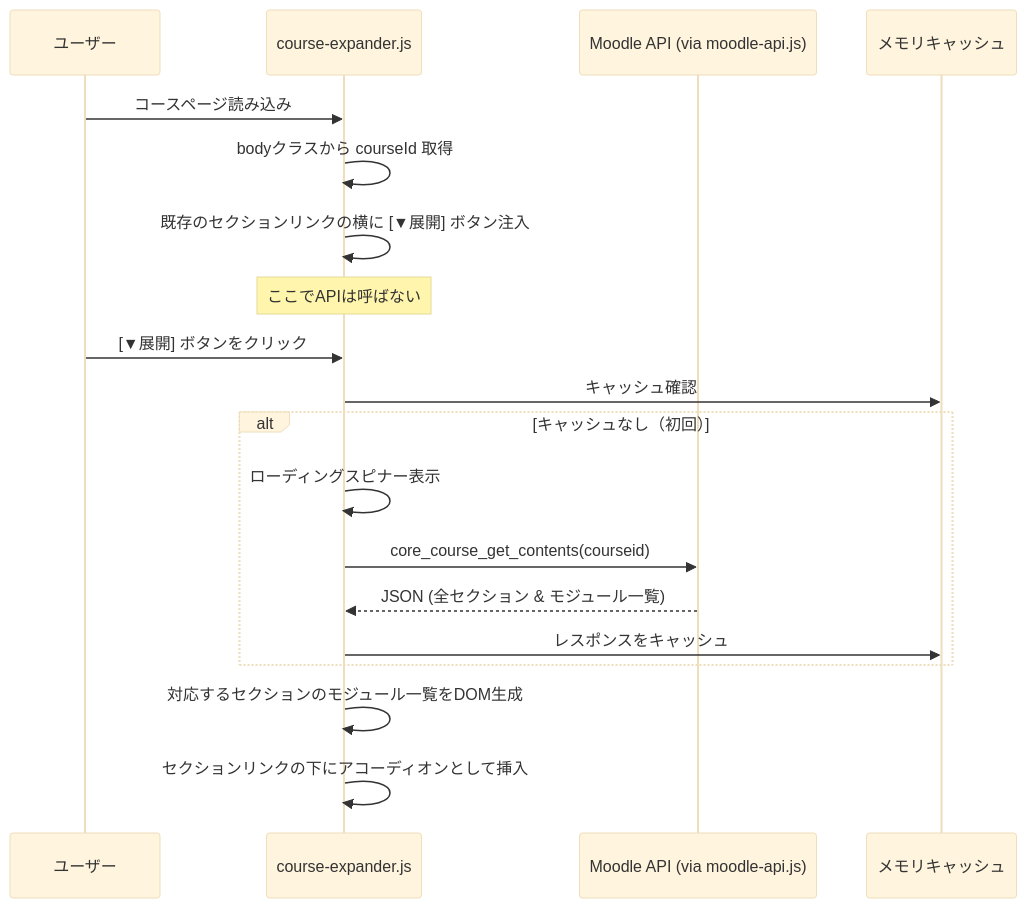
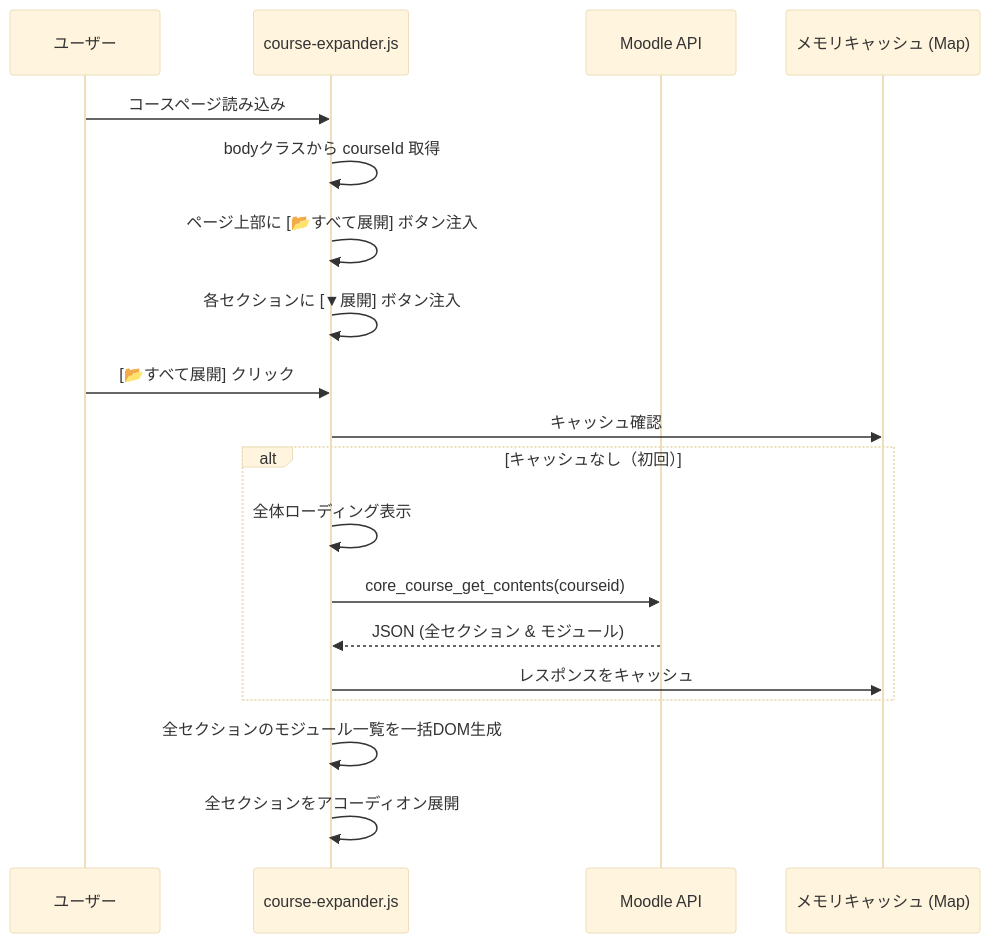
One commit to Yuk1a1/moodle-plus-r-enhancer- changed the diagram in docs/phase2_requirements.md. Above: the diagram before and after it, drawn with Mermaid (base theme). The commit also changed other lines of this file, not shown here.

````diff
--- a/docs/phase2_requirements.md
+++ b/docs/phase2_requirements.md
@@ -333,23 +478,23 @@
 ```mermaid
 sequenceDiagram
     participant U as ユーザー
     participant CS as course-expander.js
-    participant API as Moodle API (via moodle-api.js)
-    participant Cache as メモリキャッシュ
+    participant API as Moodle API
+    participant Cache as メモリキャッシュ (Map)
 
     U->>CS: コースページ読み込み
     CS->>CS: bodyクラスから courseId 取得
-    CS->>CS: 既存のセクションリンクの横に [▼展開] ボタン注入
-    Note over CS: ここでAPIは呼ばない
+    CS->>CS: ページ上部に [📂すべて展開] ボタン注入
+    CS->>CS: 各セクションに [▼展開] ボタン注入
 
-    U->>CS: [▼展開] ボタンをクリック
+    U->>CS: [📂すべて展開] クリック
     CS->>Cache: キャッシュ確認
     alt キャッシュなし（初回）
-        CS->>CS: ローディングスピナー表示
+        CS->>CS: 全体ローディング表示
         CS->>API: core_course_get_contents(courseid)
-        API-->>CS: JSON (全セクション & モジュール一覧)
+        API-->>CS: JSON (全セクション & モジュール)
         CS->>Cache: レスポンスをキャッシュ
     end
-    CS->>CS: 対応するセクションのモジュール一覧をDOM生成
-    CS->>CS: セクションリンクの下にアコーディオンとして挿入
+    CS->>CS: 全セクションのモジュール一覧を一括DOM生成
+    CS->>CS: 全セクションをアコーディオン展開
 ```
````
